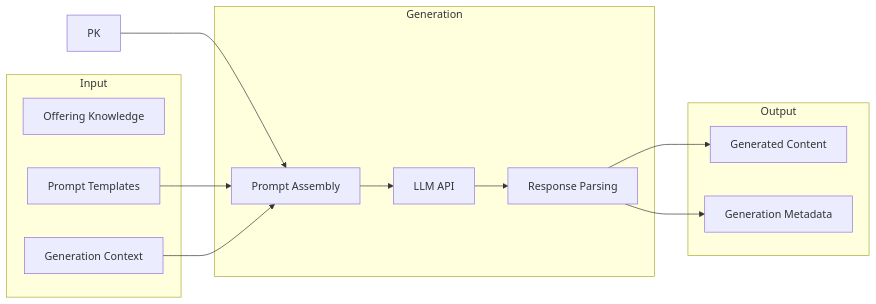
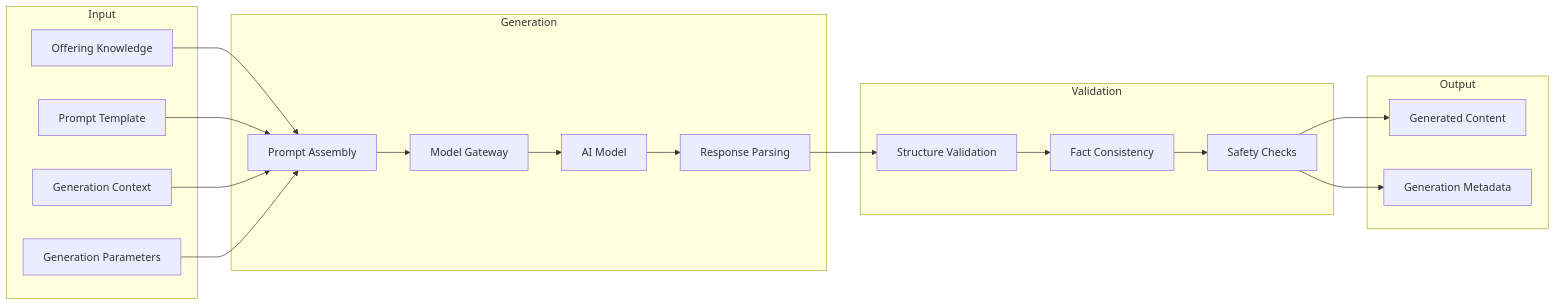
Before and after one commit to petkao/pinkcurve-blueprint: the second of 4 diagrams in docs/10-ai-platform.md, drawn with Mermaid. The commit also changed other lines of this file and 27 other files, not shown here.

Commit message:
Update PinkCurve blueprint and complete Chapter 11 data architecture audit

````diff
--- a/docs/10-ai-platform.md
+++ b/docs/10-ai-platform.md
@@ -107,27 +519,44 @@
 ```mermaid
 flowchart LR
+
     subgraph Input["Input"]
         OK[Offering Knowledge]
-        Template[Prompt Templates]
-        Context[Generation Context]
+        PT[Prompt Template]
+        CT[Generation Context]
+        GP[Generation Parameters]
     end
 
     subgraph Generation["Generation"]
-        Prompt[Prompt Assembly]
-        API[LLM API]
-        Parse[Response Parsing]
+        PA[Prompt Assembly]
+        GW[Model Gateway]
+        MD[AI Model]
+        PR[Response Parsing]
+    end
+
+    subgraph Validation["Validation"]
+        ST[Structure Validation]
+        FC[Fact Consistency]
+        SF[Safety Checks]
     end
 
     subgraph Output["Output"]
-        Content[Generated Content]
-        Metadata[Generation Metadata]
+        GC[Generated Content]
+        GM[Generation Metadata]
     end
 
-    PK --> Prompt
-    Template --> Prompt
-    Context --> Prompt
-    Prompt --> API
-    API --> Parse
-    Parse --> Content
-    Parse --> Metadata
+    OK --> PA
+    PT --> PA
+    CT --> PA
+    GP --> PA
+
+    PA --> GW
+    GW --> MD
+    MD --> PR
+
+    PR --> ST
+    ST --> FC
+    FC --> SF
+
+    SF --> GC
+    SF --> GM
 ```
````
